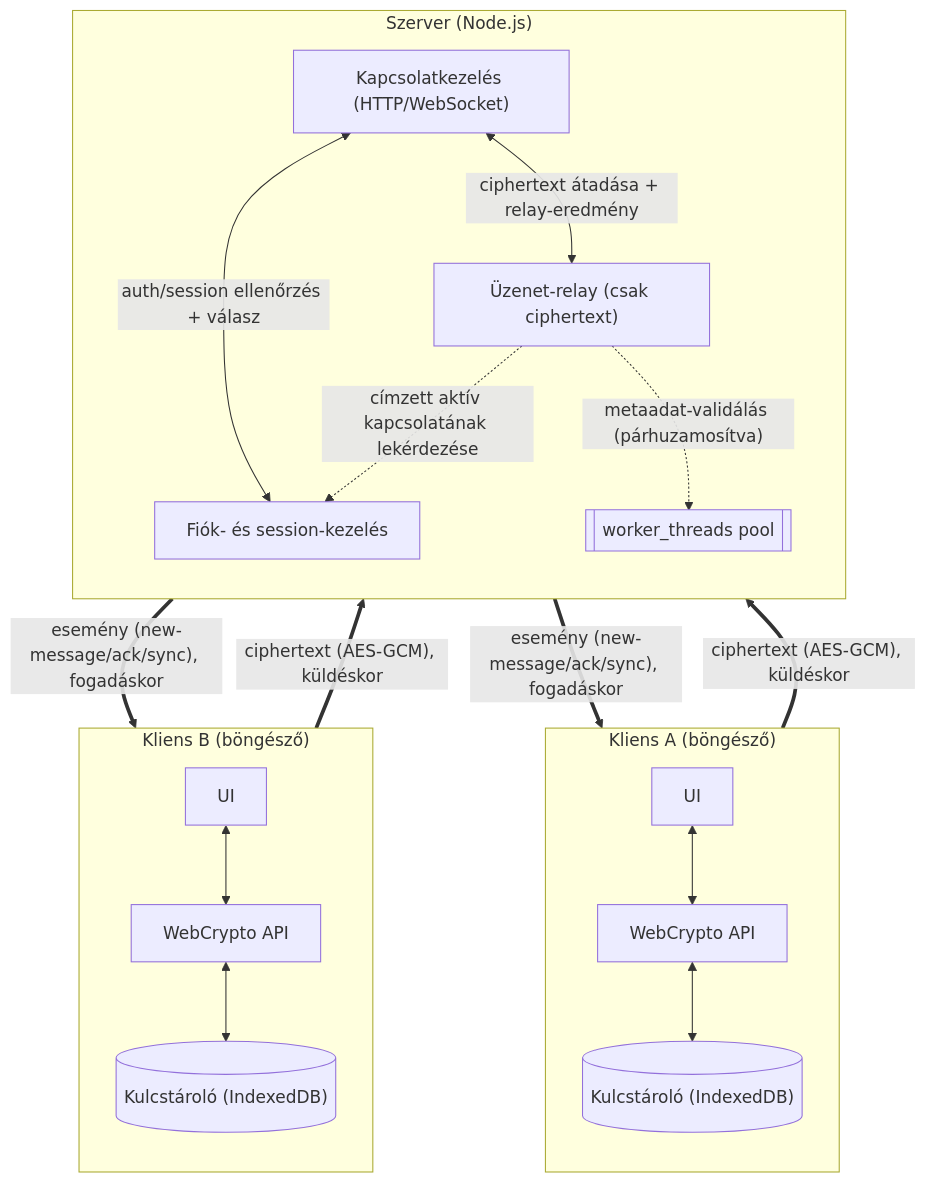
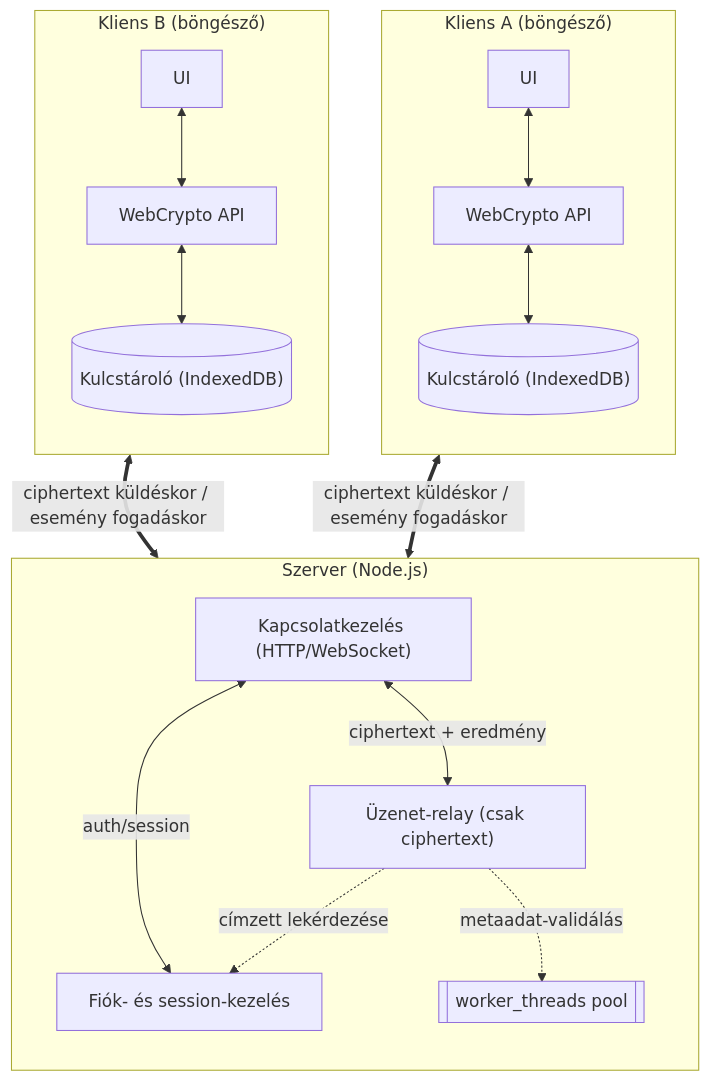
The diagram in docs/architecture.md (NDominikViktor/szak_gyak), drawn with Mermaid before and after one commit. The commit also changed other lines of this file, not shown here.

Commit message:
fix: remove edge-cycle causing overlapping labels and wrong layout
Client-server connections were drawn as two separate directed edges
(there and back), forming a 2-cycle that confused Mermaid's auto-layout
- this is what pushed the server above the clients and made labels
overlap. Replaced with single bidirectional edges and explicit
(invisible) rank constraints to keep clients on top, server below.

````diff
--- a/docs/architecture.md
+++ b/docs/architecture.md
@@ -9,31 +9,32 @@
 ```mermaid
 flowchart TB
     subgraph KA["Kliens A (böngésző)"]
         direction TB
         A_UI["UI"] <--> A_WC["WebCrypto API"]
         A_WC <--> A_KS[("Kulcstároló (IndexedDB)")]
     end
 
     subgraph KB["Kliens B (böngésző)"]
         direction TB
         B_UI["UI"] <--> B_WC["WebCrypto API"]
         B_WC <--> B_KS[("Kulcstároló (IndexedDB)")]
     end
 
+    A_WC <==>|"ciphertext küldéskor / esemény fogadáskor"| CONN
+    B_WC <==>|"ciphertext küldéskor / esemény fogadáskor"| CONN
+
     subgraph SZ["Szerver (Node.js)"]
         direction TB
         CONN["Kapcsolatkezelés (HTTP/WebSocket)"]
         ACC["Fiók- és session-kezelés"]
         RELAY["Üzenet-relay (csak ciphertext)"]
         POOL[["worker_threads pool"]]
-        CONN <-- "auth/session ellenőrzés + válasz" --> ACC
-        CONN <-- "ciphertext átadása + relay-eredmény" --> RELAY
-        RELAY -. "címzett aktív kapcsolatának lekérdezése" .-> ACC
-        RELAY -. "metaadat-validálás (párhuzamosítva)" .-> POOL
+        CONN <-->|"auth/session"| ACC
+        CONN <-->|"ciphertext + eredmény"| RELAY
+        RELAY -.->|"címzett lekérdezése"| ACC
+        RELAY -.->|"metaadat-validálás"| POOL
     end
 
-    A_WC == "ciphertext (AES-GCM), küldéskor" ==> CONN
-    CONN == "esemény (new-message/ack/sync), fogadáskor" ==> A_WC
-    B_WC == "ciphertext (AES-GCM), küldéskor" ==> CONN
-    CONN == "esemény (new-message/ack/sync), fogadáskor" ==> B_WC
+    KA ~~~ SZ
+    KB ~~~ SZ
 ```
````
